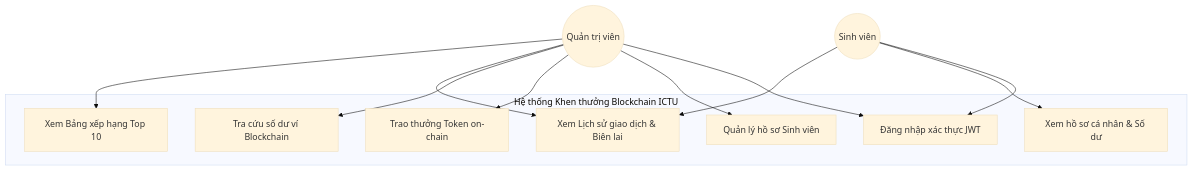
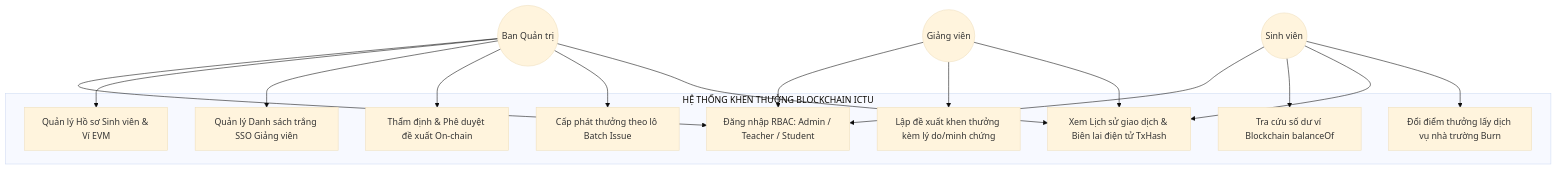
Before and after one commit to phamhoa205/ictu-blockchain: the first of 3 diagrams in docs/BAO_CAO_NGHIEN_CUU_KHOA_HOC_ICTU.md, drawn with Mermaid (base theme). The commit also changed other lines of this file and 34 other files, not shown here.

Commit message:
feat: complete ICTU Blockchain Reward System with multi-role portal and Vercel configuration

````diff
--- a/docs/BAO_CAO_NGHIEN_CUU_KHOA_HOC_ICTU.md
+++ b/docs/BAO_CAO_NGHIEN_CUU_KHOA_HOC_ICTU.md
@@ -60,26 +91,34 @@
 ```mermaid
 graph TD
-    Admin((Quản trị viên))
+    Admin((Ban Quản trị))
+    Teacher((Giảng viên))
     Student((Sinh viên))
 
-    subgraph "Hệ thống Khen thưởng Blockchain ICTU"
-        UC1[Đăng nhập xác thực JWT]
-        UC2[Quản lý hồ sơ Sinh viên]
-        UC3[Trao thưởng Token on-chain]
-        UC4[Tra cứu số dư ví Blockchain]
-        UC5[Xem Lịch sử giao dịch & Biên lai]
-        UC6[Xem Bảng xếp hạng Top 10]
-        UC7[Xem hồ sơ cá nhân & Số dư]
+    subgraph "HỆ THỐNG KHEN THƯỞNG BLOCKCHAIN ICTU"
+        UC1[Đăng nhập RBAC: Admin / Teacher / Student]
+        UC2[Quản lý Hồ sơ Sinh viên & Ví EVM]
+        UC3[Quản lý Danh sách trắng SSO Giảng viên]
+        UC4[Lập đề xuất khen thưởng kèm lý do/minh chứng]
+        UC5[Thẩm định & Phê duyệt đề xuất On-chain]
+        UC6[Cấp phát thưởng theo lô Batch Issue]
+        UC7[Tra cứu số dư ví Blockchain balanceOf]
+        UC8[Xem Lịch sử giao dịch & Biên lai điện tử TxHash]
+        UC9[Đổi điểm thưởng lấy dịch vụ nhà trường Burn]
     end
 
     Admin --> UC1
     Admin --> UC2
     Admin --> UC3
-    Admin --> UC4
     Admin --> UC5
     Admin --> UC6
+    Admin --> UC8
+
+    Teacher --> UC1
+    Teacher --> UC4
+    Teacher --> UC8
 
     Student --> UC1
     Student --> UC7
-    Student --> UC5
+    Student --> UC8
+    Student --> UC9
 ```
````
